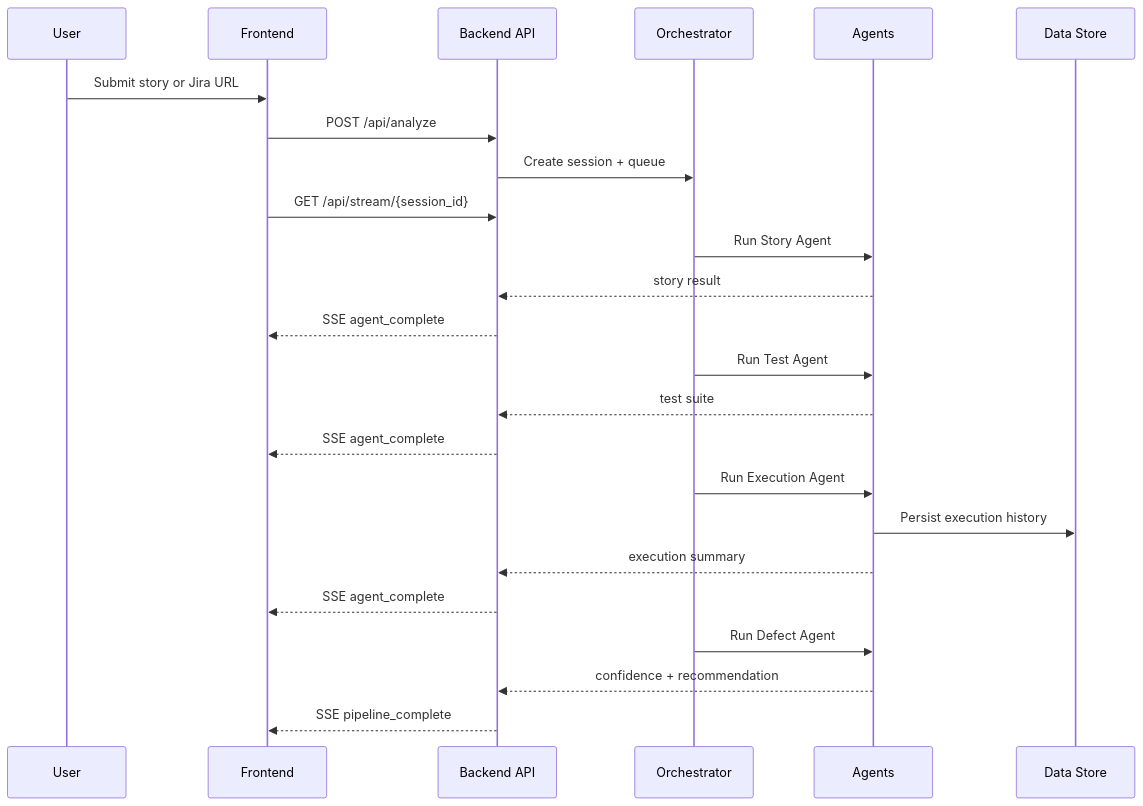
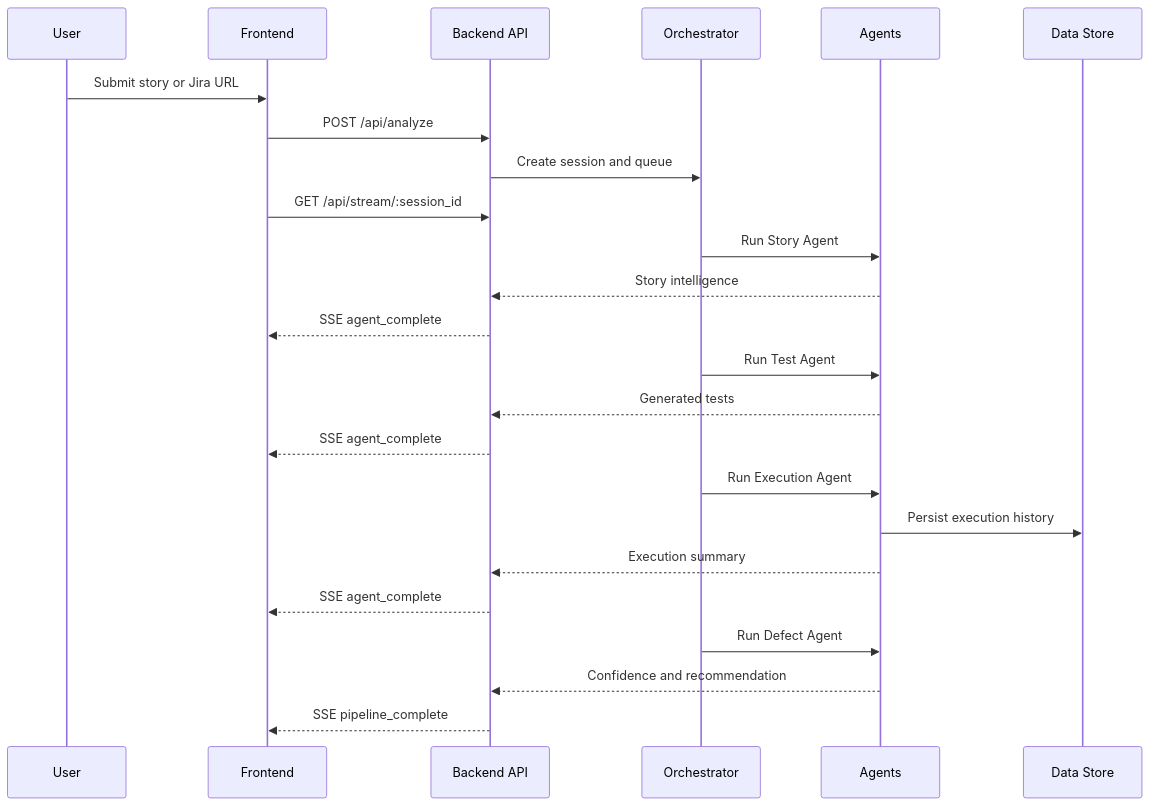
The second of 2 diagrams in README.md (ishan1603/IronTest), drawn with Mermaid before and after one commit. The commit also changed other lines of this file and 8 other files, not shown here.

````diff
--- a/README.md
+++ b/README.md
@@ -46,31 +69,31 @@
 ```mermaid
 sequenceDiagram
-	participant U as User
-	participant F as Frontend
-	participant B as Backend API
-	participant O as Orchestrator
-	participant A as Agents
-	participant D as Data Store
+		participant U as User
+		participant F as Frontend
+		participant B as Backend API
+		participant O as Orchestrator
+		participant A as Agents
+		participant D as Data Store
 
-	U->>F: Submit story or Jira URL
-	F->>B: POST /api/analyze
-	B->>O: Create session + queue
-	F->>B: GET /api/stream/{session_id}
+		U->>F: Submit story or Jira URL
+		F->>B: POST /api/analyze
+		B->>O: Create session and queue
+		F->>B: GET /api/stream/:session_id
 
-	O->>A: Run Story Agent
-	A-->>B: story result
-	B-->>F: SSE agent_complete
+		O->>A: Run Story Agent
+		A-->>B: Story intelligence
+		B-->>F: SSE agent_complete
 
-	O->>A: Run Test Agent
-	A-->>B: test suite
-	B-->>F: SSE agent_complete
+		O->>A: Run Test Agent
+		A-->>B: Generated tests
+		B-->>F: SSE agent_complete
 
-	O->>A: Run Execution Agent
-	A->>D: Persist execution history
-	A-->>B: execution summary
-	B-->>F: SSE agent_complete
+		O->>A: Run Execution Agent
+		A->>D: Persist execution history
+		A-->>B: Execution summary
+		B-->>F: SSE agent_complete
 
-	O->>A: Run Defect Agent
-	A-->>B: confidence + recommendation
-	B-->>F: SSE pipeline_complete
+		O->>A: Run Defect Agent
+		A-->>B: Confidence and recommendation
+		B-->>F: SSE pipeline_complete
 ```
````
